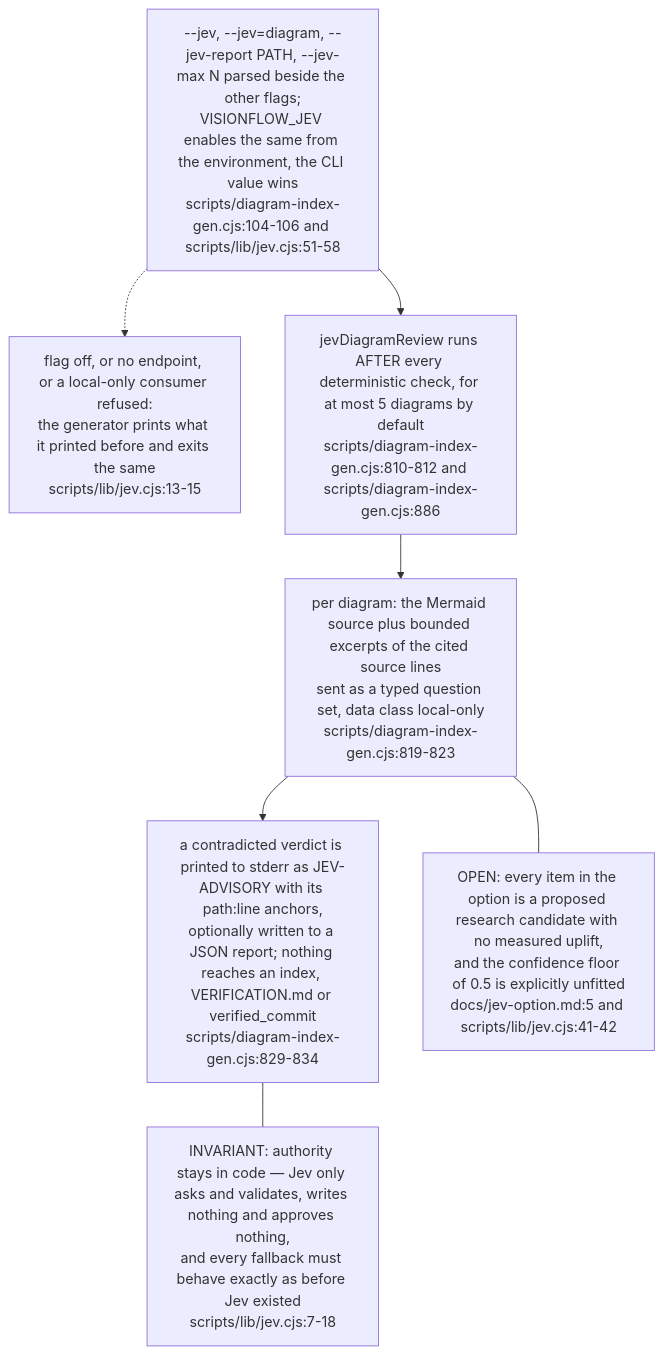
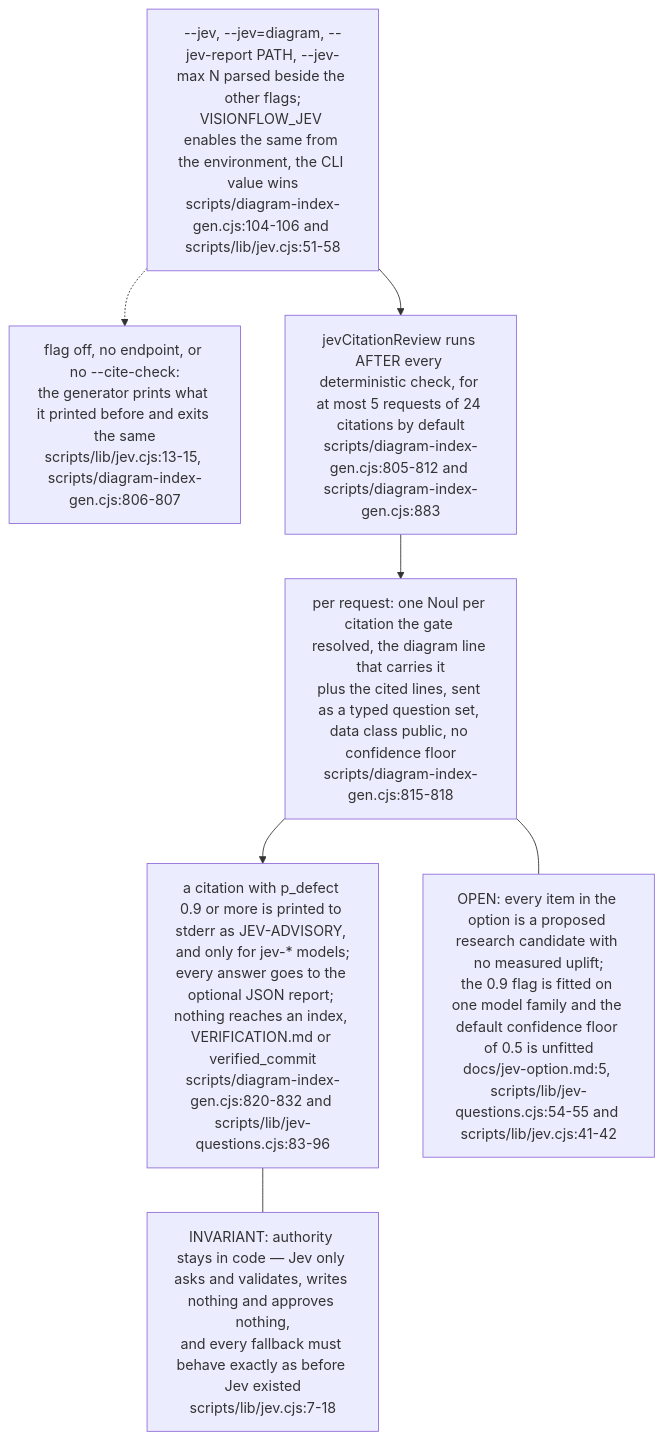
Before and after one commit to DreamLab-AI/VisionFlow: diagram 15 of 15 in docs/diagrams/visionflow/06-diagram-tooling.md, drawn with Mermaid. The commit also changed other lines of this file and 142 other files, not shown here.

First line of the commit message:
docs(diagrams): one System One route; re-verify 140 topics at today's heads

````diff
--- a/docs/diagrams/visionflow/06-diagram-tooling.md
+++ b/docs/diagrams/visionflow/06-diagram-tooling.md
@@ -495,14 +496,14 @@
 ```mermaid
 flowchart TB
     FLAG["--jev, --jev=diagram, --jev-report PATH, --jev-max N parsed beside the other flags;<br/>VISIONFLOW_JEV enables the same from the environment, the CLI value wins<br/>scripts/diagram-index-gen.cjs:104-106 and scripts/lib/jev.cjs:51-58"]
-    OFF["flag off, or no endpoint, or a local-only consumer refused:<br/>the generator prints what it printed before and exits the same<br/>scripts/lib/jev.cjs:13-15"]
-    RUN["jevDiagramReview runs AFTER every deterministic check, for at most 5 diagrams by default<br/>scripts/diagram-index-gen.cjs:810-812 and scripts/diagram-index-gen.cjs:886"]
-    ASK["per diagram: the Mermaid source plus bounded excerpts of the cited source lines<br/>sent as a typed question set, data class local-only<br/>scripts/diagram-index-gen.cjs:819-823"]
-    OUT["a contradicted verdict is printed to stderr as JEV-ADVISORY with its path:line anchors,<br/>optionally written to a JSON report; nothing reaches an index, VERIFICATION.md or verified_commit<br/>scripts/diagram-index-gen.cjs:829-834"]
+    OFF["flag off, no endpoint, or no --cite-check:<br/>the generator prints what it printed before and exits the same<br/>scripts/lib/jev.cjs:13-15, scripts/diagram-index-gen.cjs:806-807"]
+    RUN["jevCitationReview runs AFTER every deterministic check, for at most 5 requests of 24 citations by default<br/>scripts/diagram-index-gen.cjs:805-812 and scripts/diagram-index-gen.cjs:883"]
+    ASK["per request: one Noul per citation the gate resolved, the diagram line that carries it<br/>plus the cited lines, sent as a typed question set, data class public, no confidence floor<br/>scripts/diagram-index-gen.cjs:815-818"]
+    OUT["a citation with p_defect 0.9 or more is printed to stderr as JEV-ADVISORY, and only for jev-* models;<br/>every answer goes to the optional JSON report; nothing reaches an index, VERIFICATION.md or verified_commit<br/>scripts/diagram-index-gen.cjs:820-832 and scripts/lib/jev-questions.cjs:83-96"]
     FLAG --> RUN --> ASK --> OUT
     FLAG -.-> OFF
     N1["INVARIANT: authority stays in code — Jev only asks and validates, writes nothing and approves nothing,<br/>and every fallback must behave exactly as before Jev existed<br/>scripts/lib/jev.cjs:7-18"]
-    N2["OPEN: every item in the option is a proposed research candidate with no measured uplift,<br/>and the confidence floor of 0.5 is explicitly unfitted<br/>docs/jev-option.md:5 and scripts/lib/jev.cjs:41-42"]
+    N2["OPEN: every item in the option is a proposed research candidate with no measured uplift;<br/>the 0.9 flag is fitted on one model family and the default confidence floor of 0.5 is unfitted<br/>docs/jev-option.md:5, scripts/lib/jev-questions.cjs:54-55 and scripts/lib/jev.cjs:41-42"]
     OUT --- N1
     ASK --- N2
 ```
````
